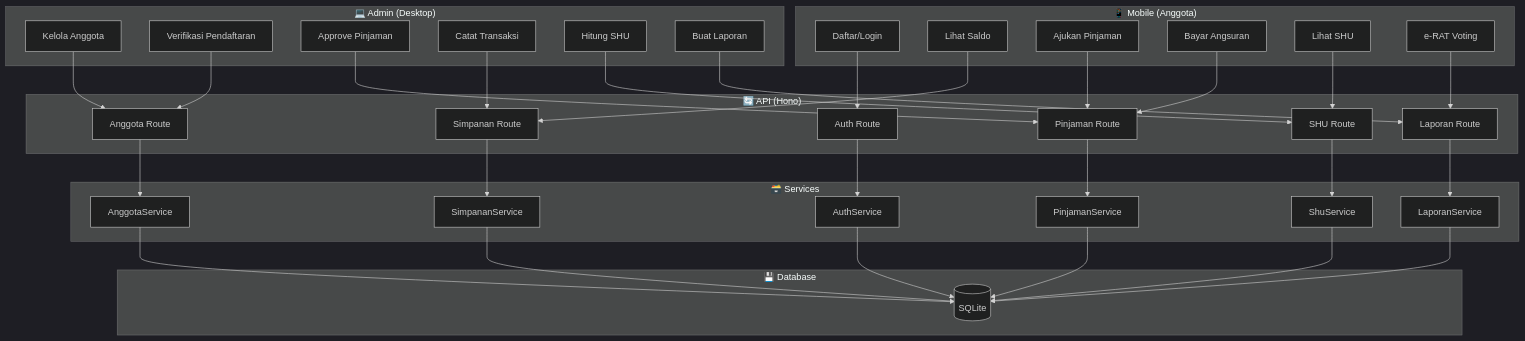
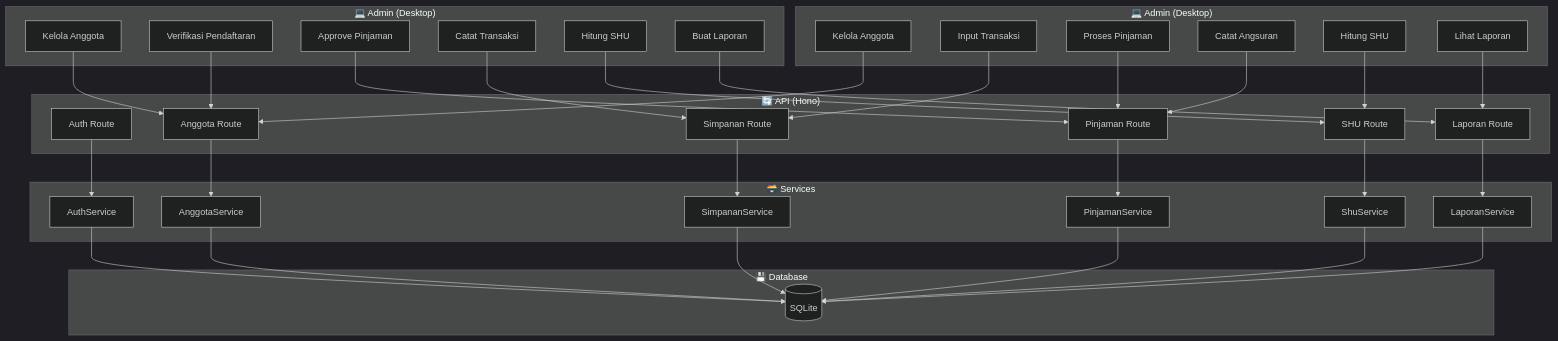
Before and after one commit to scavanger2221/koperasi-backoffice: the eighth of 8 diagrams in FLOW_DAN_LOGIC.md, drawn with Mermaid (dark theme). The commit also changed other lines of this file and 42 other files, not shown here.

First line of the commit message:
Phase 1: angsuran tracking, jurnal akuntansi, buku kas, kartu anggota print, export csv

````diff
--- a/FLOW_DAN_LOGIC.md
+++ b/FLOW_DAN_LOGIC.md
@@ -659,70 +644,70 @@
 ```mermaid
 graph TD
-    subgraph "📱 Mobile (Anggota)"
-        A1[Daftar/Login]
-        A2[Lihat Saldo]
-        A3[Ajukan Pinjaman]
-        A4[Bayar Angsuran]
-        A5[Lihat SHU]
-        A6[e-RAT Voting]
+    subgraph "💻 Admin (Desktop)"
+        A1[Kelola Anggota]
+        A2[Input Transaksi]
+        A3[Proses Pinjaman]
+        A4[Catat Angsuran]
+        A5[Hitung SHU]
+        A6[Lihat Laporan]
     end
-    
+
     subgraph "💻 Admin (Desktop)"
         B1[Kelola Anggota]
         B2[Verifikasi Pendaftaran]
         B3[Approve Pinjaman]
         B4[Catat Transaksi]
         B5[Hitung SHU]
         B6[Buat Laporan]
     end
     
     subgraph "🔄 API (Hono)"
         C1[Auth Route]
         C2[Anggota Route]
         C3[Simpanan Route]
         C4[Pinjaman Route]
         C5[SHU Route]
         C6[Laporan Route]
     end
     
     subgraph "🗃️ Services"
         D1[AuthService]
         D2[AnggotaService]
         D3[SimpananService]
         D4[PinjamanService]
         D5[ShuService]
         D6[LaporanService]
     end
     
     subgraph "💾 Database"
         E1[(SQLite)]
     end
     
-    A1 --> C1
+    A1 --> C2
     A2 --> C3
     A3 --> C4
     A4 --> C4
     A5 --> C5
     A6 --> C6
-    
+
     B1 --> C2
     B2 --> C2
     B3 --> C4
     B4 --> C3
     B5 --> C5
     B6 --> C6
     
     C1 --> D1
     C2 --> D2
     C3 --> D3
     C4 --> D4
     C5 --> D5
     C6 --> D6
     
     D1 --> E1
     D2 --> E1
     D3 --> E1
     D4 --> E1
     D5 --> E1
     D6 --> E1
 ```
````
